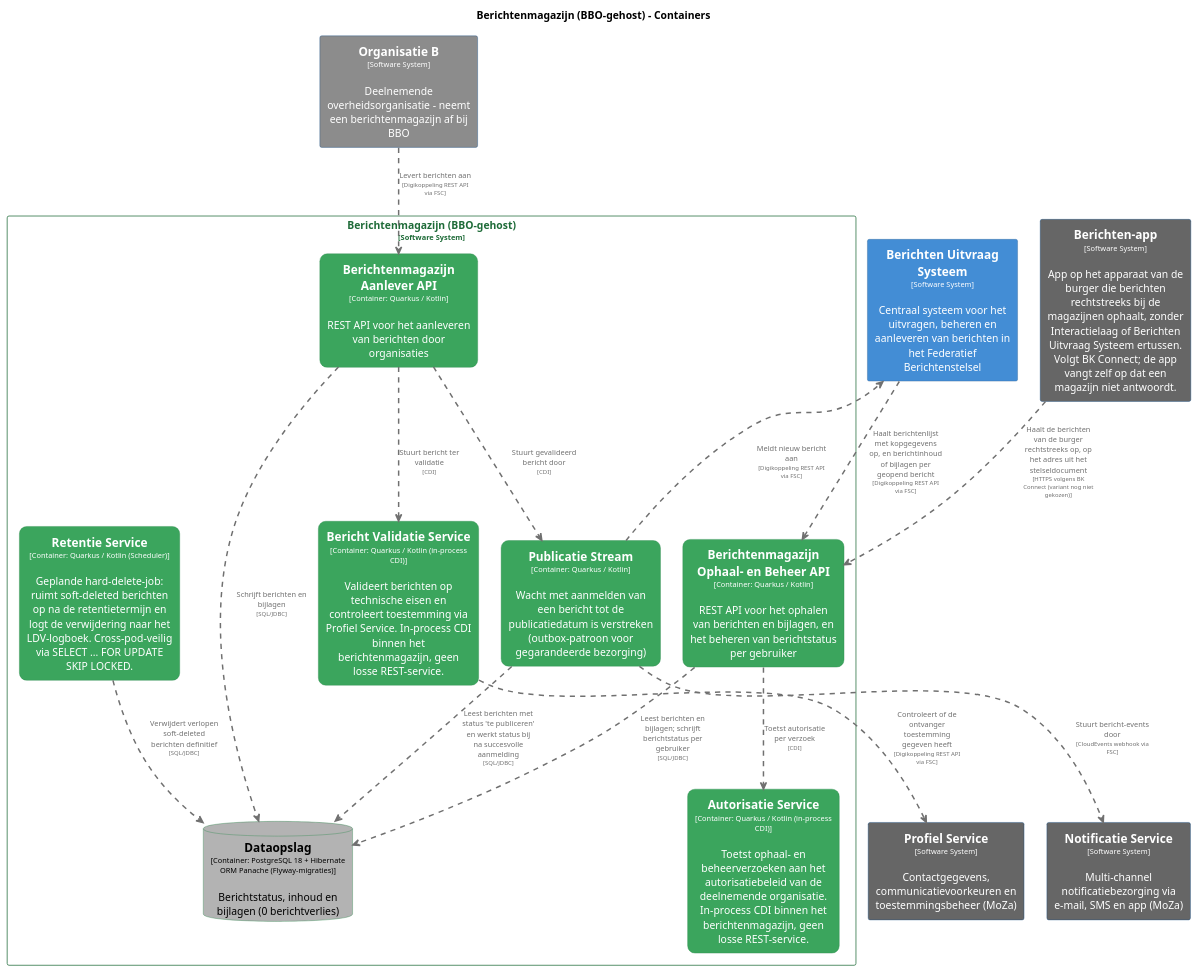
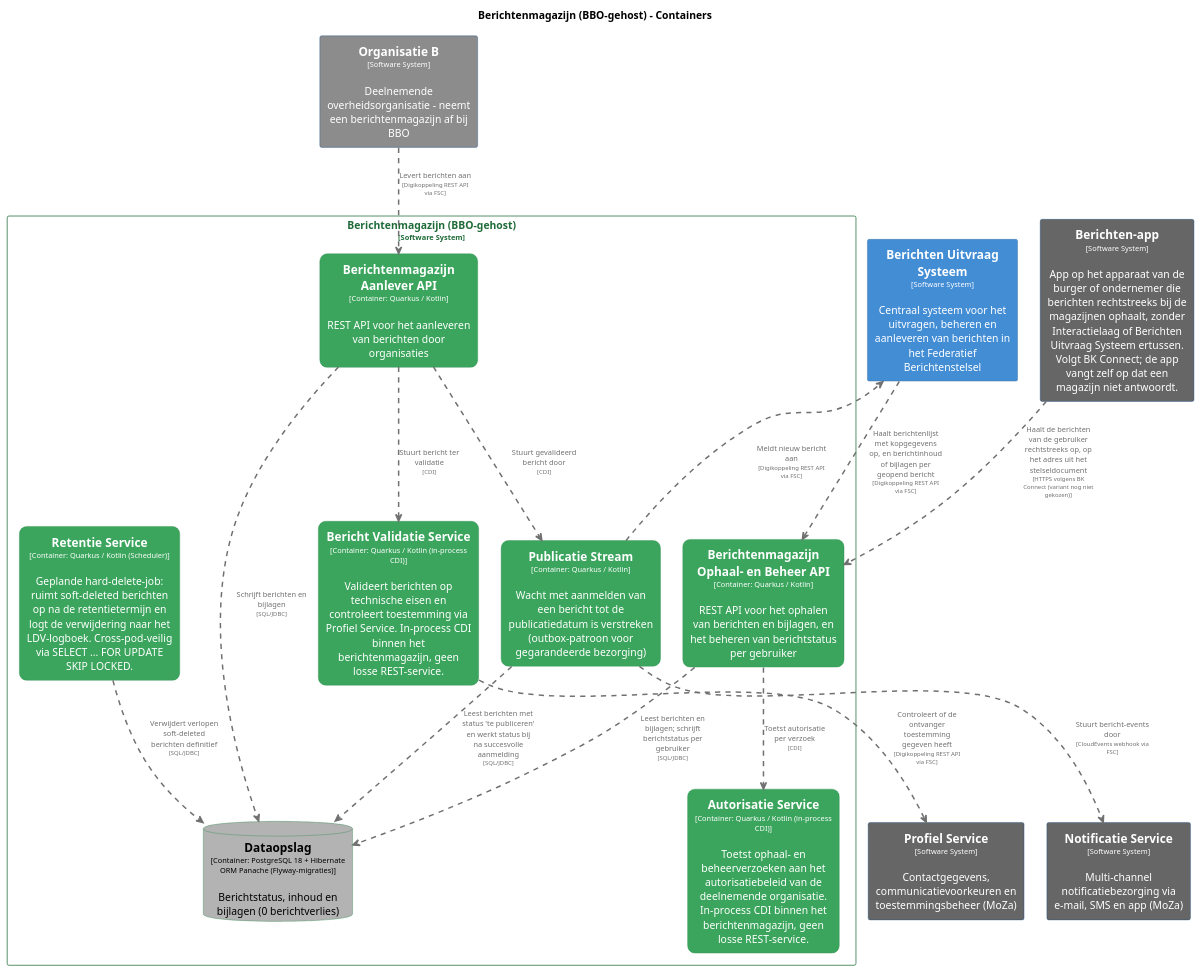
The diagram in pr-preview/pr-361/master/puml/BerichtenmagazijnContainers.puml (MinBZK/moza-poc-fbs-berichtenbox), drawn with PlantUML before and after one commit. The commit also changed 36 other files, not shown here.

```diff
--- a/pr-preview/pr-361/master/puml/BerichtenmagazijnContainers.puml
+++ b/pr-preview/pr-361/master/puml/BerichtenmagazijnContainers.puml
@@ -1,131 +1,131 @@
 @startuml
 set separator none
 title Berichtenmagazijn (BBO-gehost) - Containers
 
 top to bottom direction
 skinparam ranksep 60
 skinparam nodesep 30
 
 skinparam {
   arrowFontSize 10
   defaultTextAlignment center
   wrapWidth 200
   maxMessageSize 100
 }
 
 hide stereotype
 
 skinparam rectangle<<BerichtenmagazijnBBOgehost.AutorisatieService>> {
   BackgroundColor #3ba55d
   FontColor #ffffff
   BorderColor #2d8a4e
   roundCorner 20
   shadowing false
 }
 skinparam rectangle<<BerichtenmagazijnBBOgehost.BerichtValidatieService>> {
   BackgroundColor #3ba55d
   FontColor #ffffff
   BorderColor #2d8a4e
   roundCorner 20
   shadowing false
 }
 skinparam rectangle<<BerichtenUitvraagSysteem>> {
   BackgroundColor #438dd5
   FontColor #ffffff
   BorderColor #2e6295
   shadowing false
 }
 skinparam rectangle<<Berichtenapp>> {
   BackgroundColor #666666
   FontColor #ffffff
   BorderColor #0b4884
   shadowing false
 }
 skinparam rectangle<<BerichtenmagazijnBBOgehost.BerichtenmagazijnAanleverAPI>> {
   BackgroundColor #3ba55d
   FontColor #ffffff
   BorderColor #2d8a4e
   roundCorner 20
   shadowing false
 }
 skinparam rectangle<<BerichtenmagazijnBBOgehost.BerichtenmagazijnOphaalenBeheerAPI>> {
   BackgroundColor #3ba55d
   FontColor #ffffff
   BorderColor #2d8a4e
   roundCorner 20
   shadowing false
 }
 skinparam database<<BerichtenmagazijnBBOgehost.Dataopslag>> {
   BackgroundColor #b3b3b3
   FontColor #000000
   BorderColor #2d8a4e
   shadowing false
 }
 skinparam rectangle<<NotificatieService>> {
   BackgroundColor #666666
   FontColor #ffffff
   BorderColor #0b4884
   shadowing false
 }
 skinparam rectangle<<OrganisatieB>> {
   BackgroundColor #8c8c8c
   FontColor #ffffff
   BorderColor #0b4884
   shadowing false
 }
 skinparam rectangle<<ProfielService>> {
   BackgroundColor #666666
   FontColor #ffffff
   BorderColor #0b4884
   shadowing false
 }
 skinparam rectangle<<BerichtenmagazijnBBOgehost.PublicatieStream>> {
   BackgroundColor #3ba55d
   FontColor #ffffff
   BorderColor #2d8a4e
   roundCorner 20
   shadowing false
 }
 skinparam rectangle<<BerichtenmagazijnBBOgehost.RetentieService>> {
   BackgroundColor #3ba55d
   FontColor #ffffff
   BorderColor #2d8a4e
   roundCorner 20
   shadowing false
 }
 skinparam rectangle<<BerichtenmagazijnBBOgehost>> {
   BorderColor #1e6b38
   FontColor #1e6b38
   shadowing false
 }
 
 rectangle "==Profiel Service\n<size:10>[Software System]</size>\n\nContactgegevens, communicatievoorkeuren en toestemmingsbeheer (MoZa)" <<ProfielService>> as ProfielService
 rectangle "==Notificatie Service\n<size:10>[Software System]</size>\n\nMulti-channel notificatiebezorging via e-mail, SMS en app (MoZa)" <<NotificatieService>> as NotificatieService
 rectangle "==Organisatie B\n<size:10>[Software System]</size>\n\nDeelnemende overheidsorganisatie - neemt een berichtenmagazijn af bij BBO" <<OrganisatieB>> as OrganisatieB
 rectangle "==Berichten Uitvraag Systeem\n<size:10>[Software System]</size>\n\nCentraal systeem voor het uitvragen, beheren en aanleveren van berichten in het Federatief Berichtenstelsel" <<BerichtenUitvraagSysteem>> as BerichtenUitvraagSysteem
-rectangle "==Berichten-app\n<size:10>[Software System]</size>\n\nApp op het apparaat van de burger die berichten rechtstreeks bij de magazijnen ophaalt, zonder Interactielaag of Berichten Uitvraag Systeem ertussen. Volgt BK Connect; de app vangt zelf op dat een magazijn niet antwoordt." <<Berichtenapp>> as Berichtenapp
+rectangle "==Berichten-app\n<size:10>[Software System]</size>\n\nApp op het apparaat van de burger of ondernemer die berichten rechtstreeks bij de magazijnen ophaalt, zonder Interactielaag of Berichten Uitvraag Systeem ertussen. Volgt BK Connect; de app vangt zelf op dat een magazijn niet antwoordt." <<Berichtenapp>> as Berichtenapp
 
 rectangle "Berichtenmagazijn (BBO-gehost)\n<size:10>[Software System]</size>" <<BerichtenmagazijnBBOgehost>> {
   rectangle "==Berichtenmagazijn Ophaal- en Beheer API\n<size:10>[Container: Quarkus / Kotlin]</size>\n\nREST API voor het ophalen van berichten en bijlagen, en het beheren van berichtstatus per gebruiker" <<BerichtenmagazijnBBOgehost.BerichtenmagazijnOphaalenBeheerAPI>> as BerichtenmagazijnBBOgehost.BerichtenmagazijnOphaalenBeheerAPI
   rectangle "==Berichtenmagazijn Aanlever API\n<size:10>[Container: Quarkus / Kotlin]</size>\n\nREST API voor het aanleveren van berichten door organisaties" <<BerichtenmagazijnBBOgehost.BerichtenmagazijnAanleverAPI>> as BerichtenmagazijnBBOgehost.BerichtenmagazijnAanleverAPI
   database "==Dataopslag\n<size:10>[Container: PostgreSQL 18 + Hibernate ORM Panache (Flyway-migraties)]</size>\n\nBerichtstatus, inhoud en bijlagen (0 berichtverlies)" <<BerichtenmagazijnBBOgehost.Dataopslag>> as BerichtenmagazijnBBOgehost.Dataopslag
   rectangle "==Bericht Validatie Service\n<size:10>[Container: Quarkus / Kotlin (in-process CDI)]</size>\n\nValideert berichten op technische eisen en controleert toestemming via Profiel Service. In-process CDI binnen het berichtenmagazijn, geen losse REST-service." <<BerichtenmagazijnBBOgehost.BerichtValidatieService>> as BerichtenmagazijnBBOgehost.BerichtValidatieService
   rectangle "==Publicatie Stream\n<size:10>[Container: Quarkus / Kotlin]</size>\n\nWacht met aanmelden van een bericht tot de publicatiedatum is verstreken (outbox-patroon voor gegarandeerde bezorging)" <<BerichtenmagazijnBBOgehost.PublicatieStream>> as BerichtenmagazijnBBOgehost.PublicatieStream
   rectangle "==Autorisatie Service\n<size:10>[Container: Quarkus / Kotlin (in-process CDI)]</size>\n\nToetst ophaal- en beheerverzoeken aan het autorisatiebeleid van de deelnemende organisatie. In-process CDI binnen het berichtenmagazijn, geen losse REST-service." <<BerichtenmagazijnBBOgehost.AutorisatieService>> as BerichtenmagazijnBBOgehost.AutorisatieService
   rectangle "==Retentie Service\n<size:10>[Container: Quarkus / Kotlin (Scheduler)]</size>\n\nGeplande hard-delete-job: ruimt soft-deleted berichten op na de retentietermijn en logt de verwijdering naar het LDV-logboek. Cross-pod-veilig via SELECT ... FOR UPDATE SKIP LOCKED." <<BerichtenmagazijnBBOgehost.RetentieService>> as BerichtenmagazijnBBOgehost.RetentieService
 }
 
-Berichtenapp .[#707070,thickness=2].> BerichtenmagazijnBBOgehost.BerichtenmagazijnOphaalenBeheerAPI : "<color:#707070>Haalt de berichten van de burger rechtstreeks op, op het adres uit het stelseldocument\n<color:#707070><size:8>[HTTPS volgens BK Connect (variant nog niet gekozen)]</size>"
+Berichtenapp .[#707070,thickness=2].> BerichtenmagazijnBBOgehost.BerichtenmagazijnOphaalenBeheerAPI : "<color:#707070>Haalt de berichten van de gebruiker rechtstreeks op, op het adres uit het stelseldocument\n<color:#707070><size:8>[HTTPS volgens BK Connect (variant nog niet gekozen)]</size>"
 BerichtenUitvraagSysteem .[#707070,thickness=2].> BerichtenmagazijnBBOgehost.BerichtenmagazijnOphaalenBeheerAPI : "<color:#707070>Haalt berichtenlijst met kopgegevens op, en berichtinhoud of bijlagen per geopend bericht\n<color:#707070><size:8>[Digikoppeling REST API via FSC]</size>"
 BerichtenmagazijnBBOgehost.PublicatieStream .[#707070,thickness=2].> BerichtenUitvraagSysteem : "<color:#707070>Meldt nieuw bericht aan\n<color:#707070><size:8>[Digikoppeling REST API via FSC]</size>"
 BerichtenmagazijnBBOgehost.PublicatieStream .[#707070,thickness=2].> NotificatieService : "<color:#707070>Stuurt bericht-events door\n<color:#707070><size:8>[CloudEvents webhook via FSC]</size>"
 OrganisatieB .[#707070,thickness=2].> BerichtenmagazijnBBOgehost.BerichtenmagazijnAanleverAPI : "<color:#707070>Levert berichten aan\n<color:#707070><size:8>[Digikoppeling REST API via FSC]</size>"
 BerichtenmagazijnBBOgehost.BerichtValidatieService .[#707070,thickness=2].> ProfielService : "<color:#707070>Controleert of de ontvanger toestemming gegeven heeft\n<color:#707070><size:8>[Digikoppeling REST API via FSC]</size>"
 BerichtenmagazijnBBOgehost.BerichtenmagazijnOphaalenBeheerAPI .[#707070,thickness=2].> BerichtenmagazijnBBOgehost.Dataopslag : "<color:#707070>Leest berichten en bijlagen; schrijft berichtstatus per gebruiker\n<color:#707070><size:8>[SQL/JDBC]</size>"
 BerichtenmagazijnBBOgehost.BerichtenmagazijnAanleverAPI .[#707070,thickness=2].> BerichtenmagazijnBBOgehost.Dataopslag : "<color:#707070>Schrijft berichten en bijlagen\n<color:#707070><size:8>[SQL/JDBC]</size>"
 BerichtenmagazijnBBOgehost.BerichtenmagazijnAanleverAPI .[#707070,thickness=2].> BerichtenmagazijnBBOgehost.BerichtValidatieService : "<color:#707070>Stuurt bericht ter validatie\n<color:#707070><size:8>[CDI]</size>"
 BerichtenmagazijnBBOgehost.BerichtenmagazijnAanleverAPI .[#707070,thickness=2].> BerichtenmagazijnBBOgehost.PublicatieStream : "<color:#707070>Stuurt gevalideerd bericht door\n<color:#707070><size:8>[CDI]</size>"
 BerichtenmagazijnBBOgehost.PublicatieStream .[#707070,thickness=2].> BerichtenmagazijnBBOgehost.Dataopslag : "<color:#707070>Leest berichten met status 'te publiceren' en werkt status bij na succesvolle aanmelding\n<color:#707070><size:8>[SQL/JDBC]</size>"
 BerichtenmagazijnBBOgehost.BerichtenmagazijnOphaalenBeheerAPI .[#707070,thickness=2].> BerichtenmagazijnBBOgehost.AutorisatieService : "<color:#707070>Toetst autorisatie per verzoek\n<color:#707070><size:8>[CDI]</size>"
 BerichtenmagazijnBBOgehost.RetentieService .[#707070,thickness=2].> BerichtenmagazijnBBOgehost.Dataopslag : "<color:#707070>Verwijdert verlopen soft-deleted berichten definitief\n<color:#707070><size:8>[SQL/JDBC]</size>"
 @enduml
```
